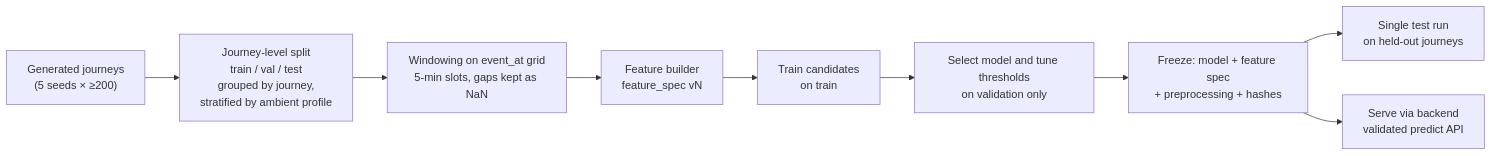
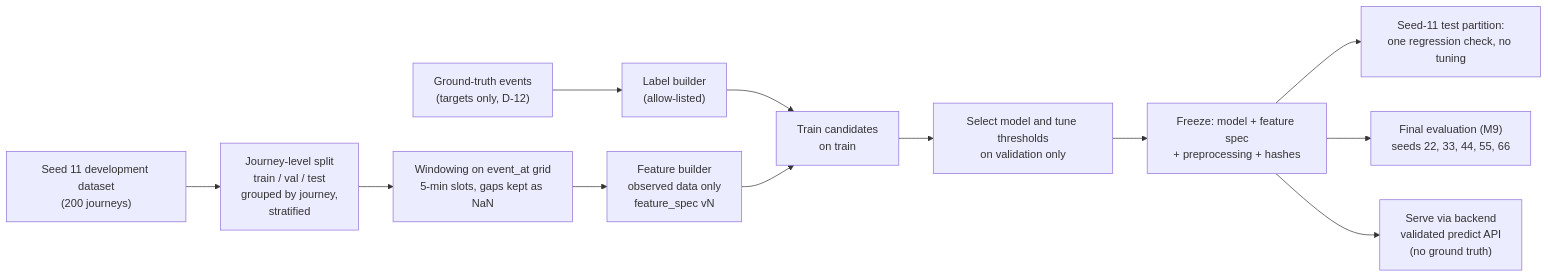
Before and after one commit to ntruonghuynh/ColdChain: the third of 7 diagrams in docs/architecture.md, drawn with Mermaid. The commit also changed other lines of this file and 23 other files, not shown here.

````diff
--- a/docs/architecture.md
+++ b/docs/architecture.md
@@ -257,11 +271,14 @@
 ```mermaid
 flowchart LR
-    G["Generated journeys<br/>(5 seeds × ≥200)"] --> S["Journey-level split<br/>train / val / test<br/>grouped by journey,<br/>stratified by ambient profile"]
+    G["Seed 11 development dataset<br/>(200 journeys)"] --> S["Journey-level split<br/>train / val / test<br/>grouped by journey,<br/>stratified"]
     S --> W["Windowing on event_at grid<br/>5-min slots, gaps kept as NaN"]
-    W --> F["Feature builder<br/>feature_spec vN"]
+    W --> F["Feature builder<br/>observed data only<br/>feature_spec vN"]
+    GT["Ground-truth events<br/>(targets only, D-12)"] --> L["Label builder<br/>(allow-listed)"]
+    L --> T
     F --> T["Train candidates<br/>on train"]
     T --> V["Select model and tune thresholds<br/>on validation only"]
     V --> Z["Freeze: model + feature spec<br/>+ preprocessing + hashes"]
-    Z --> E["Single test run<br/>on held-out journeys"]
-    Z --> P["Serve via backend<br/>validated predict API"]
+    Z --> E["Seed-11 test partition:<br/>one regression check, no tuning"]
+    Z --> FE["Final evaluation (M9)<br/>seeds 22, 33, 44, 55, 66"]
+    Z --> P["Serve via backend<br/>validated predict API<br/>(no ground truth)"]
 ```
````
